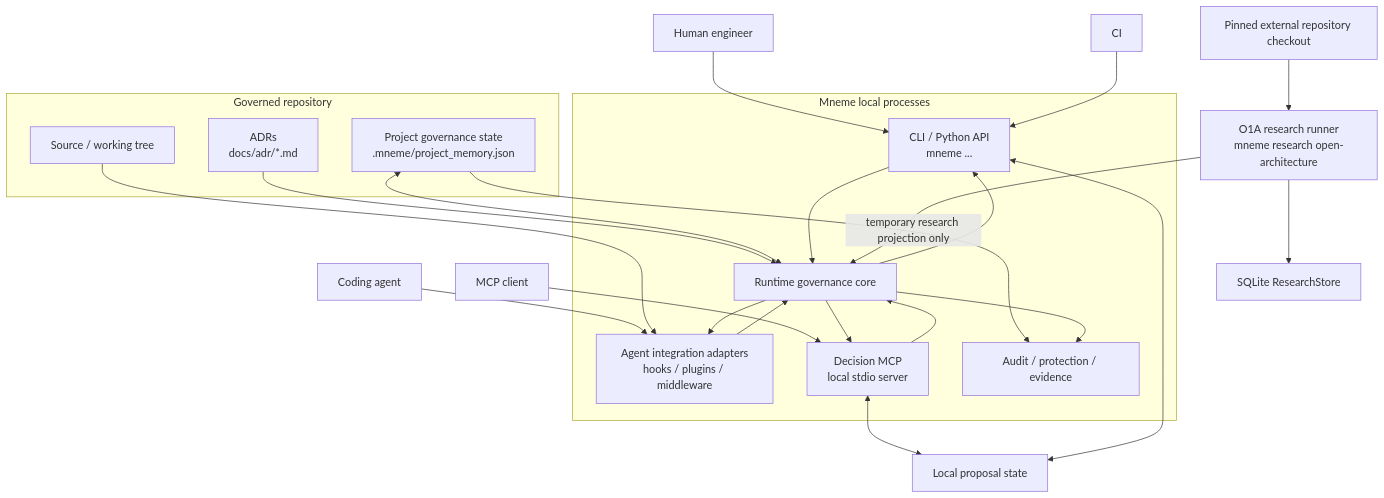
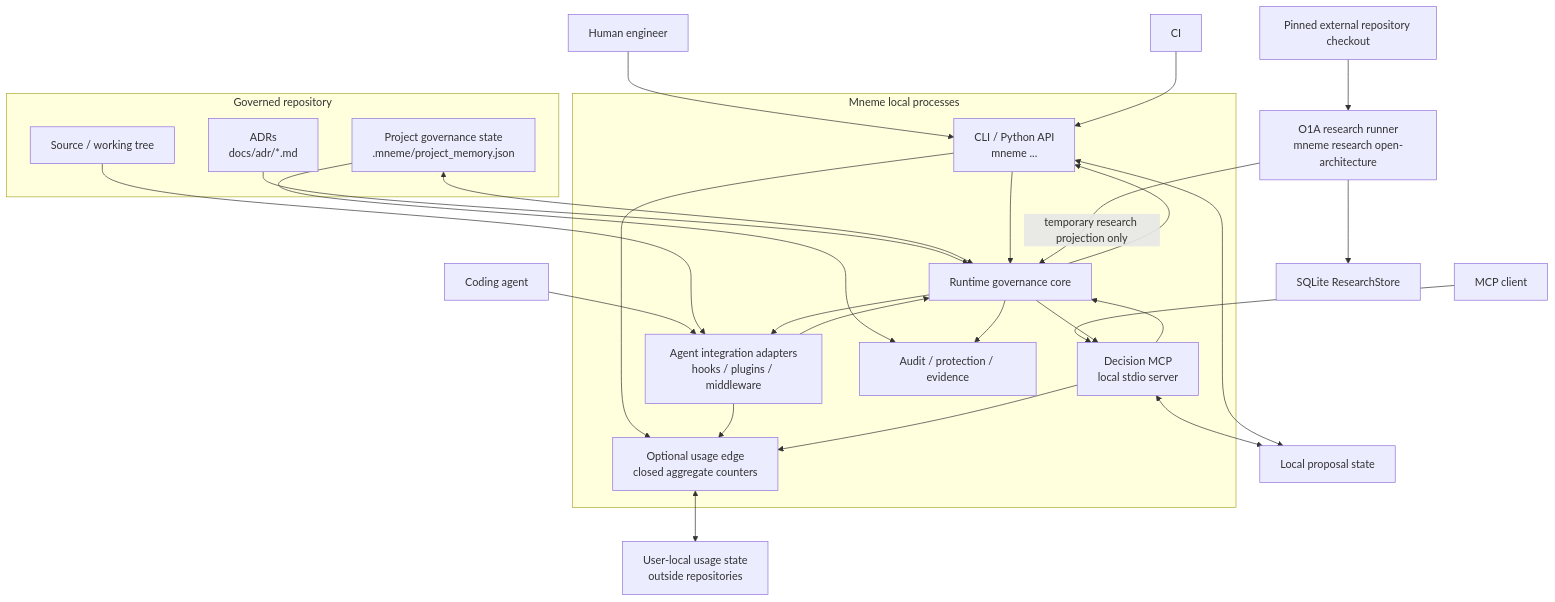
One commit to MnemeHQ/mneme changed the second of 4 diagrams in docs/architecture/README.md. Above: the diagram before and after it, drawn with Mermaid. The commit also changed other lines of this file and 22 other files, not shown here.

First line of the commit message:
feat: add opt-in local usage measurement

````diff
--- a/docs/architecture/README.md
+++ b/docs/architecture/README.md
@@ -182,50 +200,56 @@
 ```mermaid
 flowchart TB
     Human["Human engineer"]
     Agent["Coding agent"]
     Client["MCP client"]
     CI["CI"]
 
     subgraph Repo["Governed repository"]
         ADRs["ADRs<br/>docs/adr/*.md"]
         Memory["Project governance state<br/>.mneme/project_memory.json"]
         Code["Source / working tree"]
     end
 
     subgraph Mneme["Mneme local processes"]
         CLI["CLI / Python API<br/>mneme ..."]
         Hooks["Agent integration adapters<br/>hooks / plugins / middleware"]
         MCP["Decision MCP<br/>local stdio server"]
+        Usage["Optional usage edge<br/>closed aggregate counters"]
         Core["Runtime governance core"]
         Audit["Audit / protection / evidence"]
     end
 
     Proposals["Local proposal state"]
+    UsageState["User-local usage state<br/>outside repositories"]
     Research["O1A research runner<br/>mneme research open-architecture"]
     ResearchDB["SQLite ResearchStore"]
     ExternalRepo["Pinned external repository checkout"]
 
     Human --> CLI
     Agent --> Hooks
     Client --> MCP
     CI --> CLI
 
     ADRs --> Core
     Memory <--> Core
     Code --> Hooks
     Hooks --> Core
     CLI --> Core
     MCP --> Core
     MCP <--> Proposals
     CLI <--> Proposals
+    CLI --> Usage
+    Hooks --> Usage
+    MCP --> Usage
+    Usage <--> UsageState
 
     Memory --> Audit
     Core --> Audit
     Core --> Hooks
     Core --> CLI
     Core --> MCP
 
     ExternalRepo --> Research
     Research -->|"temporary research projection only"| Core
     Research --> ResearchDB
 ```
````
